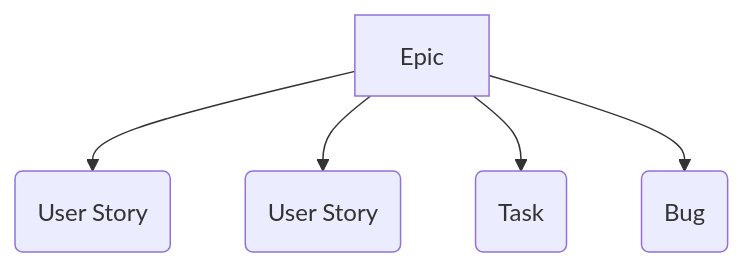
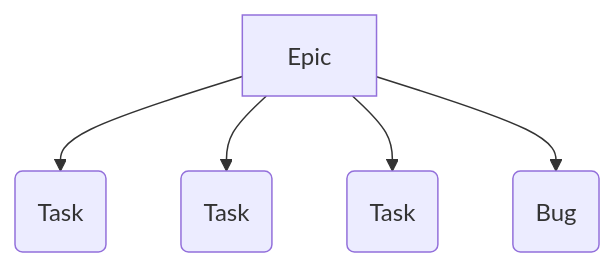
Before and after one commit to mozilla/ecosystem-platform: the diagram in docs/fxa-engineering/fxa-dev-process.md, drawn with Mermaid. The commit also changed other lines of this file and 2 other files, not shown here.

````diff
--- a/docs/fxa-engineering/fxa-dev-process.md
+++ b/docs/fxa-engineering/fxa-dev-process.md
@@ -65,7 +46,7 @@
 ```mermaid
 graph TD
-A[Epic] --> B(User Story)
-A --> C(User Story)
+A[Epic] --> B(Task)
+A --> C(Task)
 A --> D(Task)
 A --> E(Bug)
 ```
````
